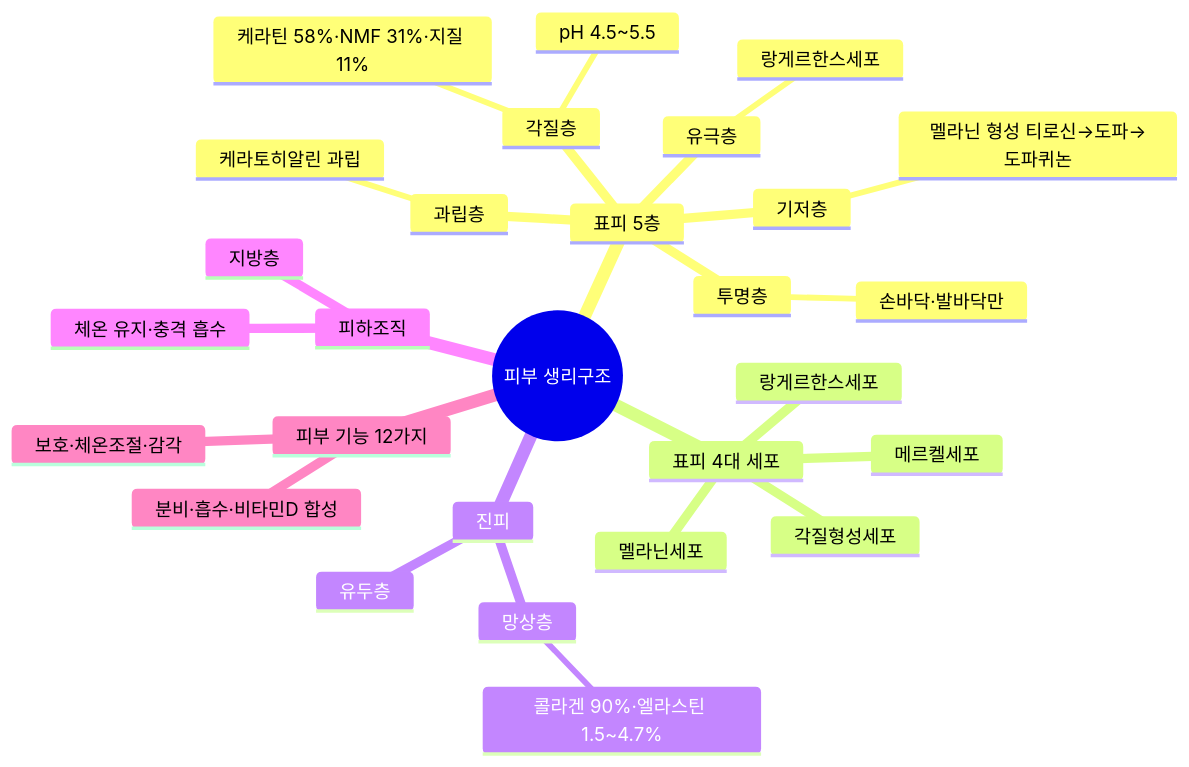
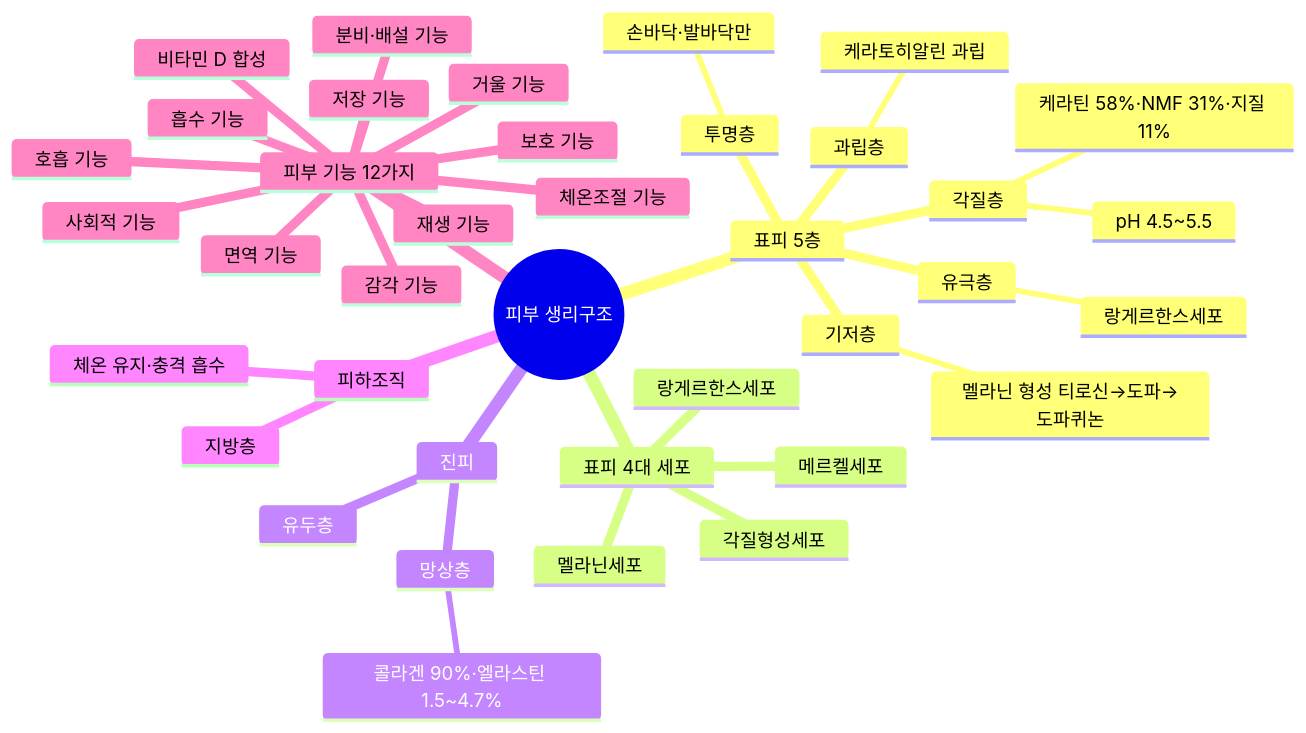
Before and after one commit to skygoldlee-cyber/Personalized_Skincare: diagram 12 of 27 in content/교재/understanding/4과목_맞춤형화장품의이해_표준형.md, drawn with Mermaid. The commit also changed other lines of this file and 1 other file, not shown here.

Commit message:
피부 기능 12가지 마인드맵+매핑 테이블 6개→12개 확장 + SW v257

````diff
--- a/content/교재/understanding/4과목_맞춤형화장품의이해_표준형.md
+++ b/content/교재/understanding/4과목_맞춤형화장품의이해_표준형.md
@@ -1006,31 +1006,41 @@
 ```mermaid
 mindmap
  root((피부 생리구조))
   표피 5층
    각질층
     케라틴 58%·NMF 31%·지질 11%
     pH 4.5~5.5
    투명층
     손바닥·발바닥만
    과립층
     케라토히알린 과립
    유극층
     랑게르한스세포
    기저층
     멜라닌 형성 티로신→도파→도파퀴논
   표피 4대 세포
    각질형성세포
    멜라닌세포
    랑게르한스세포
    메르켈세포
   진피
    유두층
    망상층
     콜라겐 90%·엘라스틴 1.5~4.7%
   피하조직
    지방층
    체온 유지·충격 흡수
   피부 기능 12가지
-   보호·체온조절·감각
-   분비·흡수·비타민D 합성
+   보호 기능
+   감각 기능
+   체온조절 기능
+   면역 기능
+   비타민 D 합성
+   흡수 기능
+   분비·배설 기능
+   호흡 기능
+   저장 기능
+   재생 기능
+   거울 기능
+   사회적 기능
 ```
````
